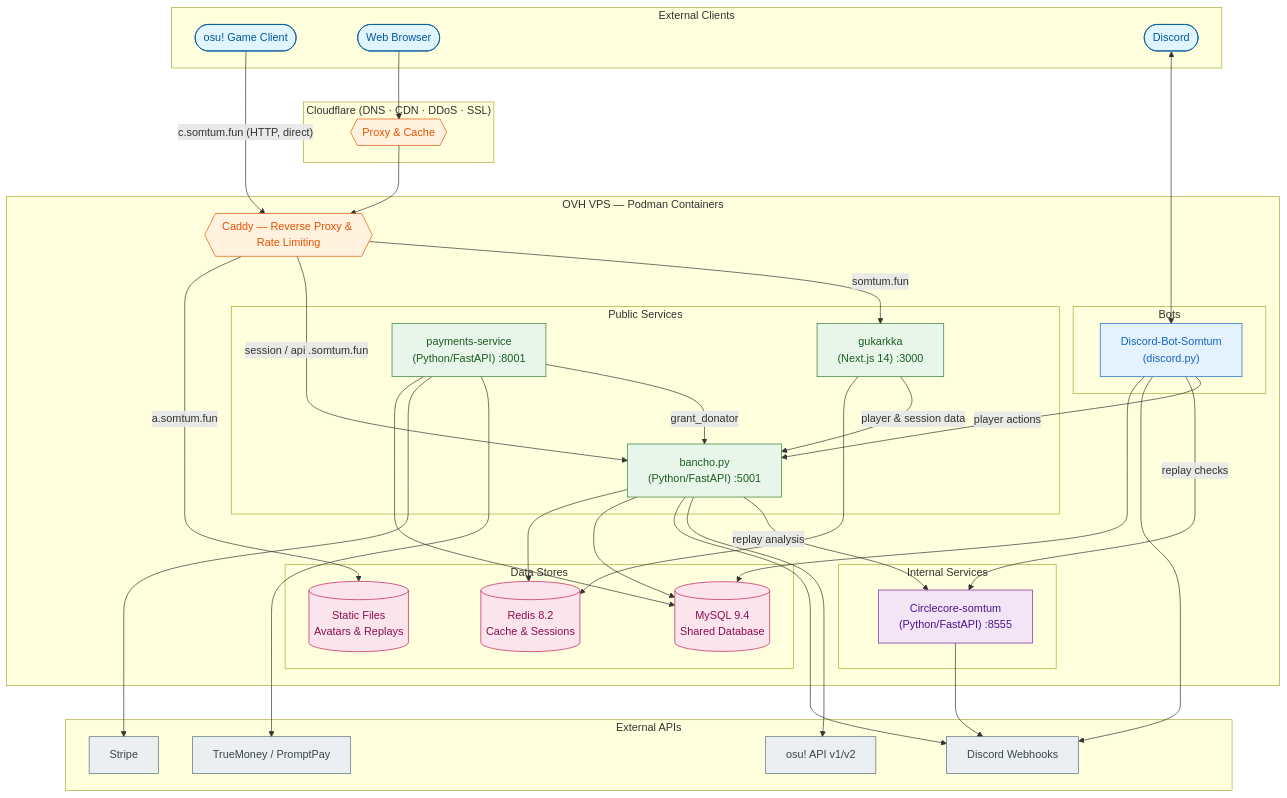
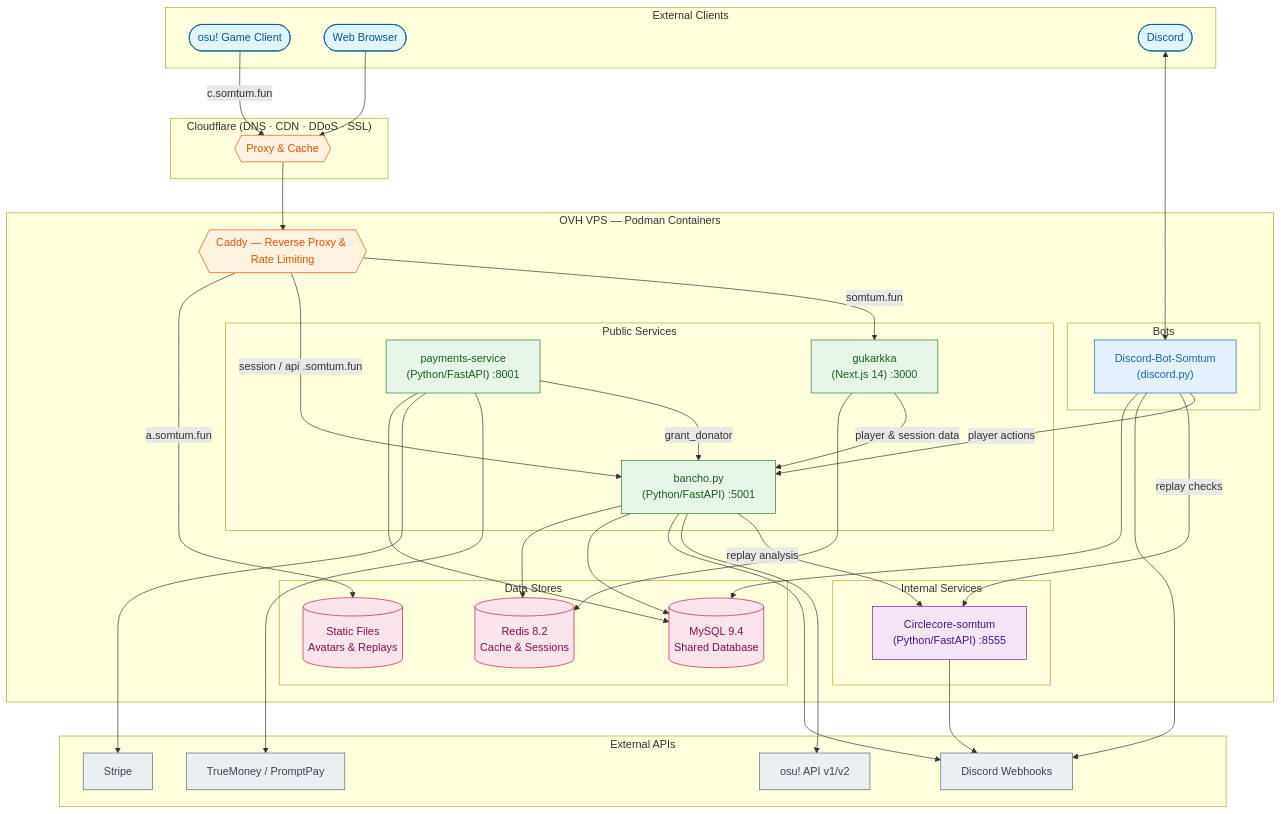
Before and after one commit to osu-somtum/.github: the diagram in profile/README.md, drawn with Mermaid. The commit also changed other lines of this file, not shown here.

First line of the commit message:
Fix proxy details and add beatmap upload flow to profile README

```diff
--- a/profile/README.md
+++ b/profile/README.md
@@ -54,7 +54,7 @@
     end
 
     %% Client connections
-    osu -->|"c.somtum.fun (HTTP, direct)"| ng
+    osu -->|"c.somtum.fun"| cf
     web --> cf --> ng
     dclient <--> bot
 
```
